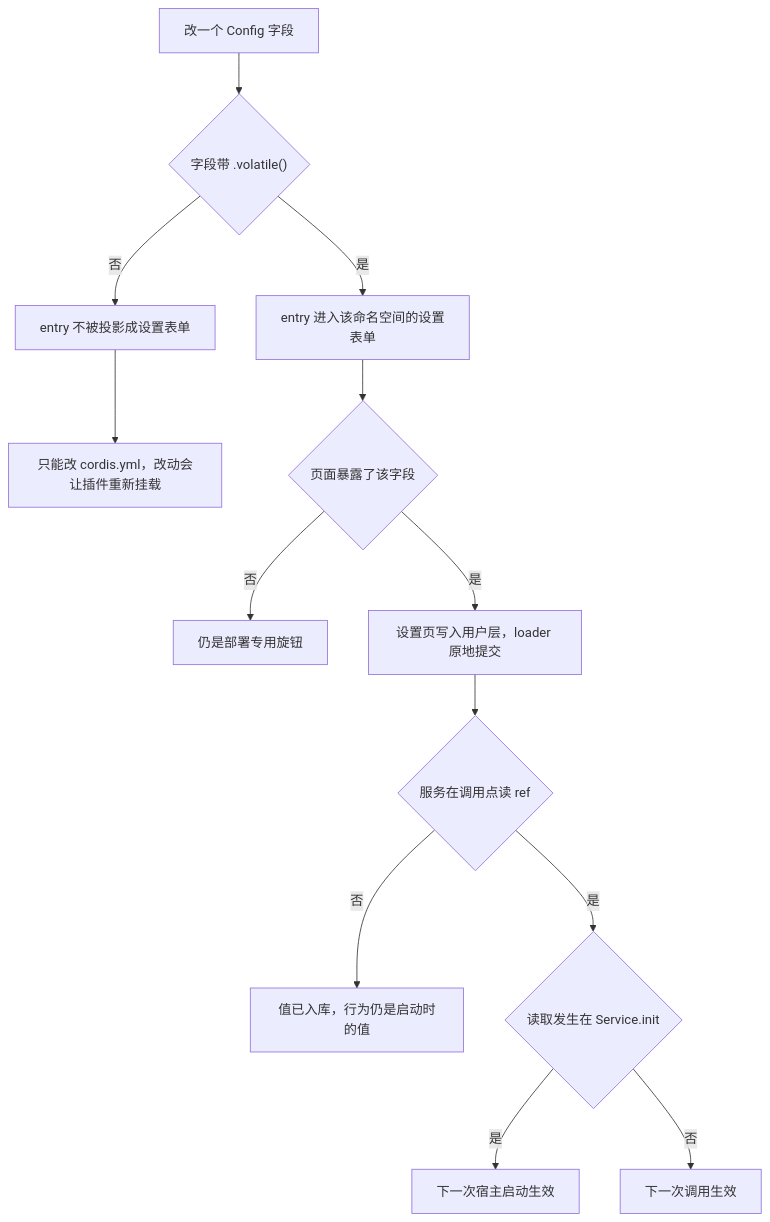
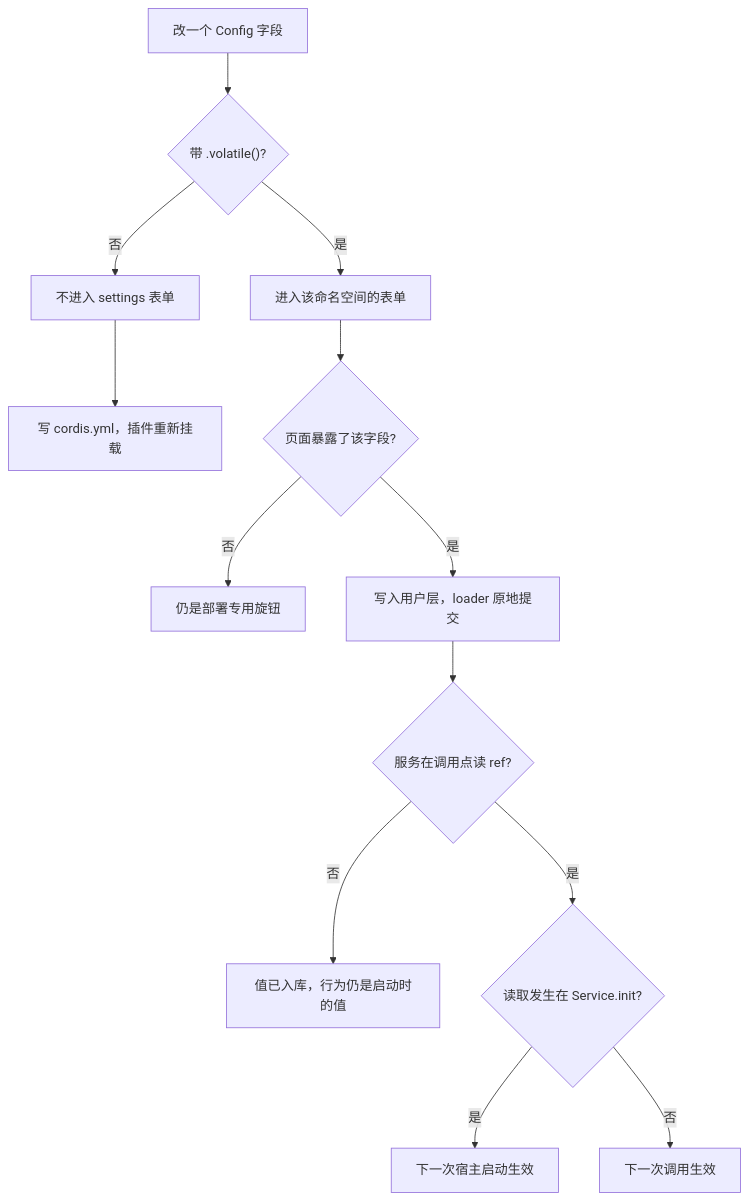
The second of 2 diagrams in openwiki/concepts/configuration-and-live-settings.md (zhangj1164/dsh-mega-plugins), drawn with Mermaid before and after one commit. The commit also changed other lines of this file and 62 other files, not shown here.

````diff
--- a/openwiki/concepts/configuration-and-live-settings.md
+++ b/openwiki/concepts/configuration-and-live-settings.md
@@ -99,15 +167,15 @@
 ```mermaid
 flowchart TD
-  A["改一个 Config 字段"] --> B{"字段带 .volatile()"}
-  B -- 否 --> C["entry 不被投影成设置表单"]
-  C --> D["只能改 cordis.yml，改动会让插件重新挂载"]
-  B -- 是 --> E["entry 进入该命名空间的设置表单"]
-  E --> F{"页面暴露了该字段"}
+  A["改一个 Config 字段"] --> B{"带 .volatile()?"}
+  B -- 否 --> C["不进入 settings 表单"]
+  C --> D["写 cordis.yml，插件重新挂载"]
+  B -- 是 --> E["进入该命名空间的表单"]
+  E --> F{"页面暴露了该字段?"}
   F -- 否 --> G["仍是部署专用旋钮"]
-  F -- 是 --> H["设置页写入用户层，loader 原地提交"]
-  H --> I{"服务在调用点读 ref"}
+  F -- 是 --> H["写入用户层，loader 原地提交"]
+  H --> I{"服务在调用点读 ref?"}
   I -- 否 --> J["值已入库，行为仍是启动时的值"]
-  I -- 是 --> K{"读取发生在 Service.init"}
+  I -- 是 --> K{"读取发生在 Service.init?"}
   K -- 是 --> L["下一次宿主启动生效"]
   K -- 否 --> M["下一次调用生效"]
 ```
````
